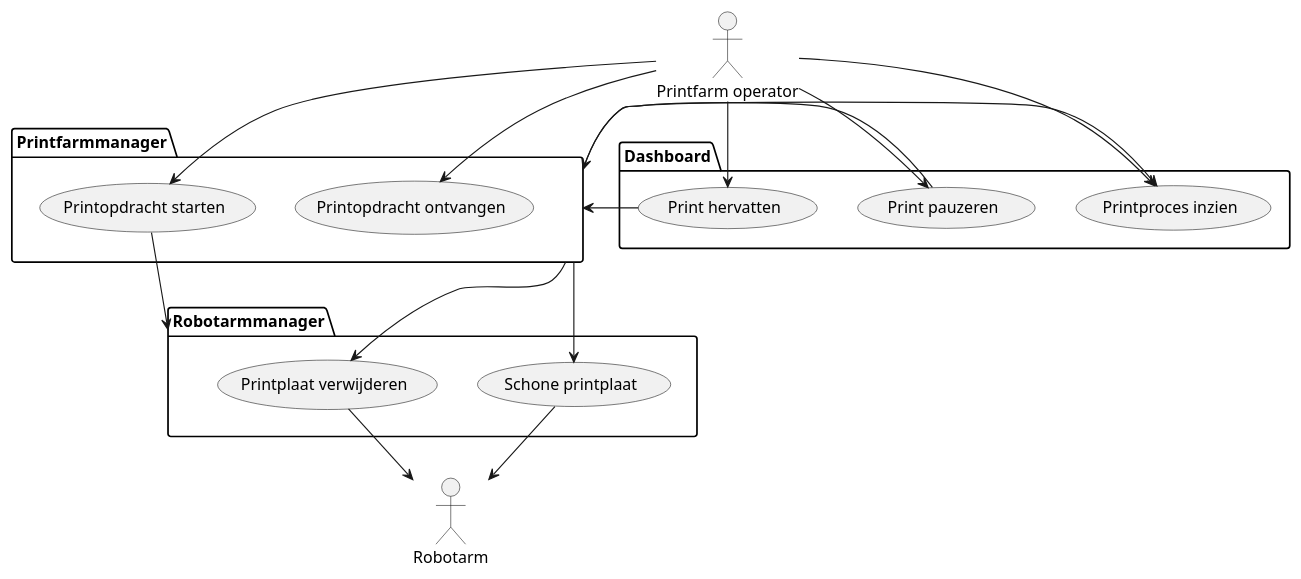
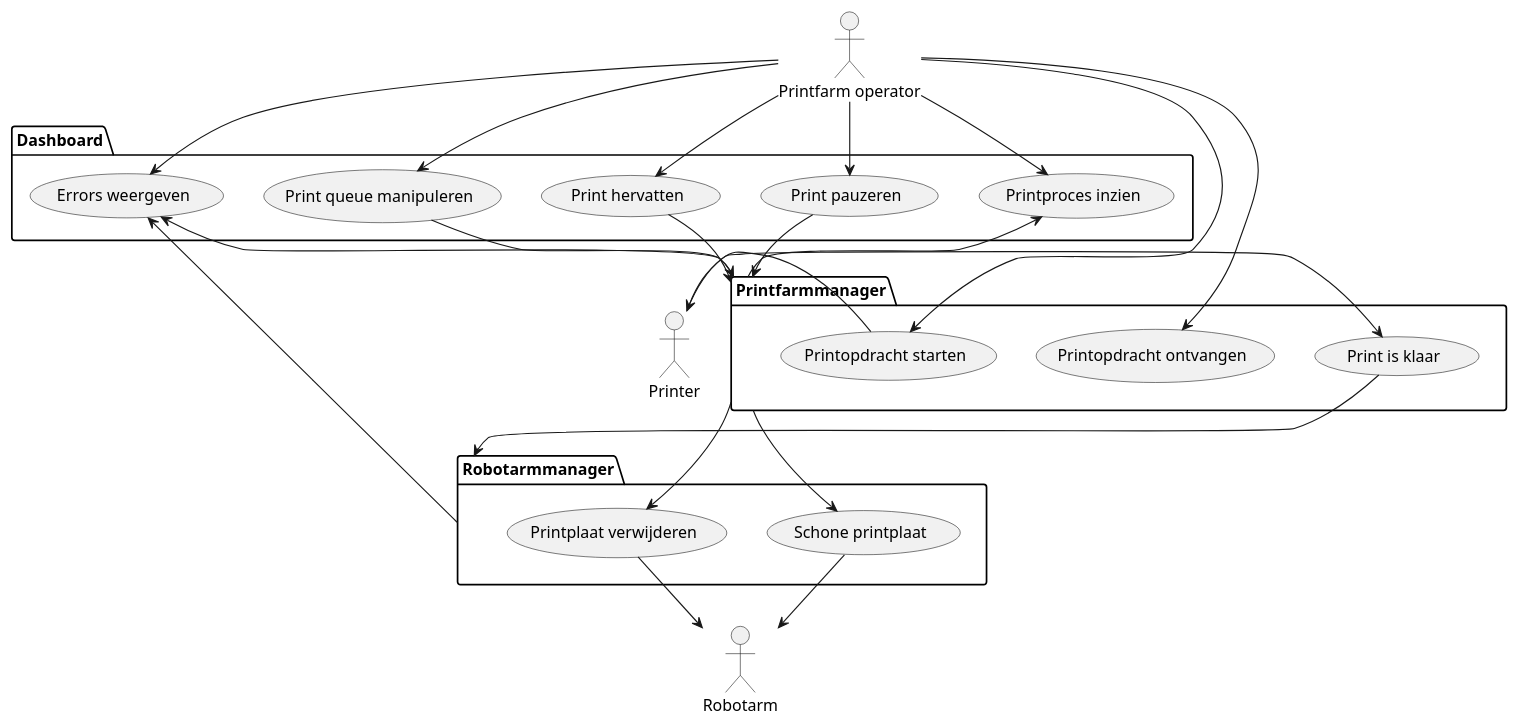
One commit to RickMageddon/HU-3D-Grass changed the diagram in documentation/usecase_diagram.plantuml. Above: the diagram before and after it, drawn with PlantUML.

Commit message:
Update diagram based on changed discriptions

```diff
--- a/documentation/usecase_diagram.plantuml
+++ b/documentation/usecase_diagram.plantuml
@@ -1,30 +1,41 @@
 @startuml
 actor "Printfarm operator" as po
 actor Robotarm
+actor Printer
 package Robotarmmanager{
     usecase "Schone printplaat" as uc01
     usecase "Printplaat verwijderen" as uc02
 }
 package Printfarmmanager{
     usecase "Printopdracht ontvangen" as uc03
     usecase "Printopdracht starten" as uc04
+    usecase "Print is klaar" as uc05
 }
 package Dashboard{
-    usecase "Printproces inzien" as uc05
-    usecase "Print pauzeren" as uc06
-    usecase "Print hervatten" as uc07
+    usecase "Printproces inzien" as uc06
+    usecase "Print pauzeren" as uc07
+    usecase "Print hervatten" as uc08
+    usecase "Errors weergeven" as uc09
+    usecase "Print queue manipuleren" as uc10
 }
 Printfarmmanager -down-> uc01
 Printfarmmanager -down-> uc02
 uc01 -down-> Robotarm
 uc02 -down-> Robotarm
-po -left-> uc03
-po -left-> uc04
-po -down-> uc05
-po -down-> uc06
-po -down-> uc07
-uc04 -> Robotarmmanager
-Printfarmmanager -> uc05
-uc06 -> Printfarmmanager
-uc07 -> Printfarmmanager
+po --> uc03
+po --> uc04
+po --> uc06
+po --> uc07
+po --> uc08
+po -> uc09
+po -> uc10
+uc05 -> Robotarmmanager
+Robotarmmanager -up-> uc09
+Printfarmmanager -up-> uc06
+Printfarmmanager -up-> uc09
+uc07 -down-> Printfarmmanager
+uc08 -down-> Printfarmmanager
+uc10 -> Printfarmmanager
+uc04 -left-> Printer
+Printer -right-> uc05
 @enduml
```
